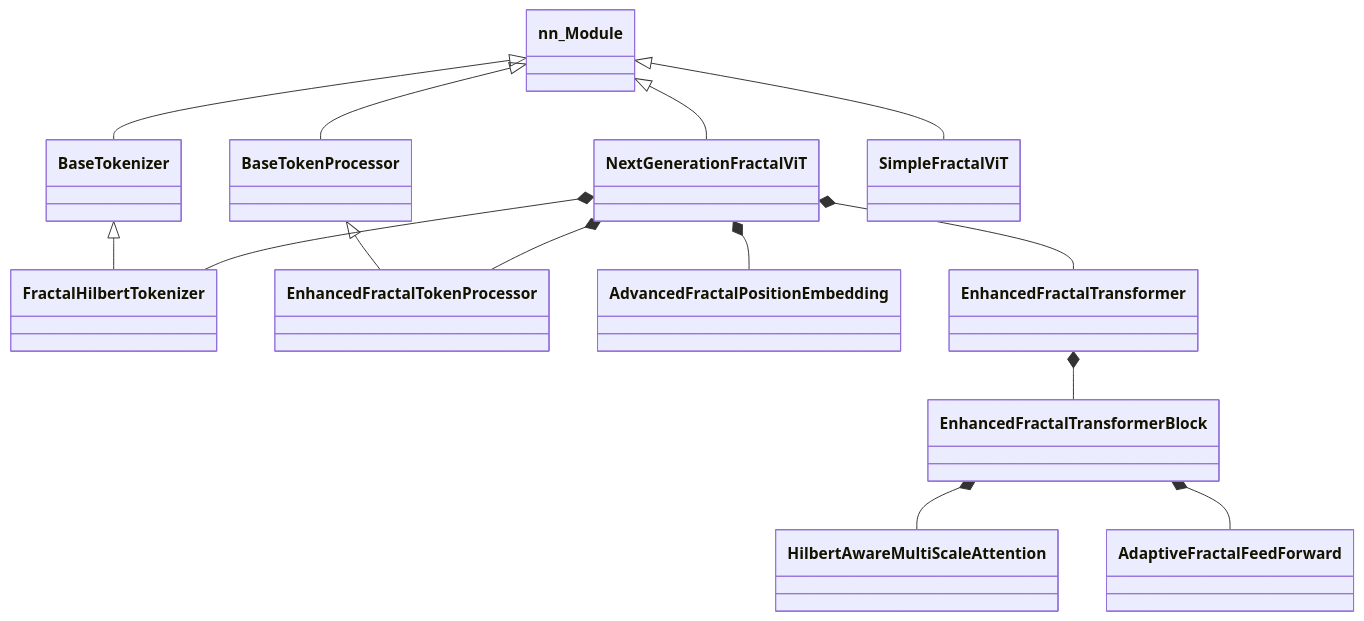
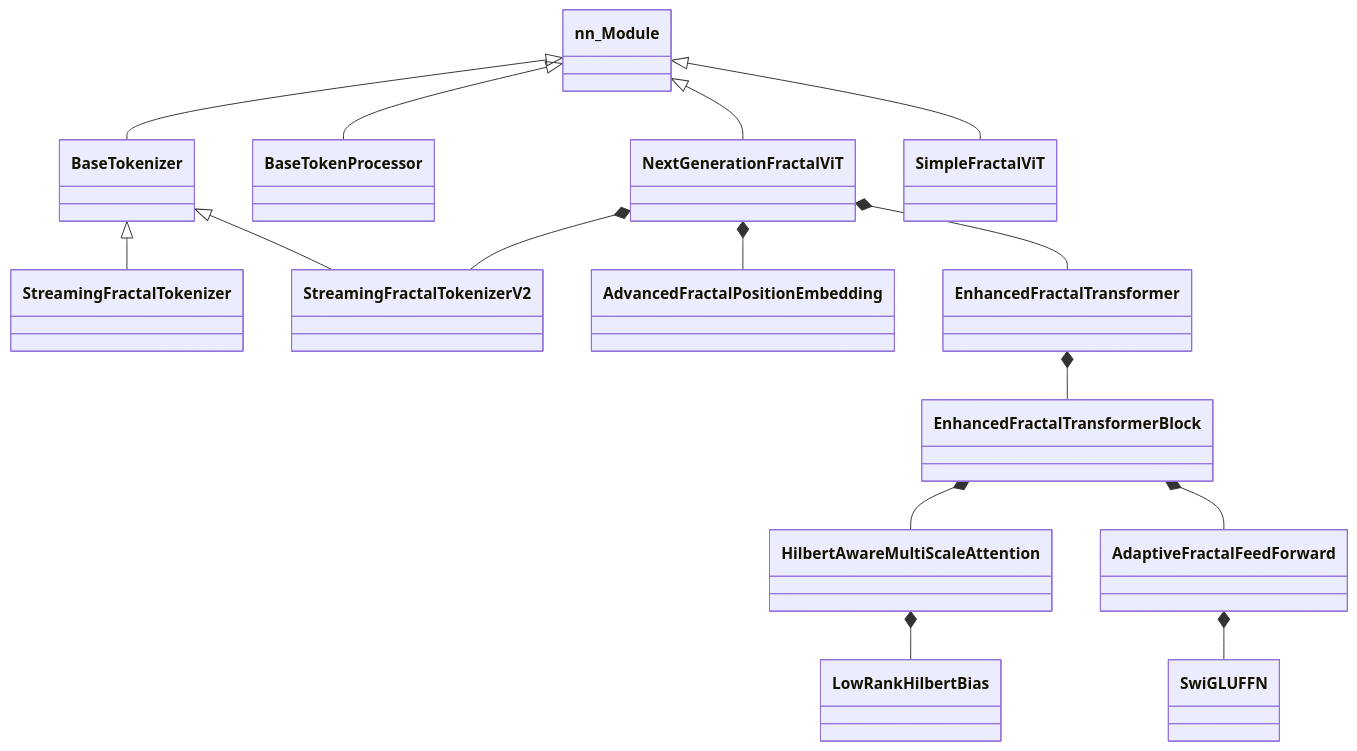
Before and after one commit to LoopyBrainie/fractal-curve-tokenizer: the diagram in documents/appendix.md, drawn with Mermaid. The commit also changed other lines of this file and 16 other files, not shown here.

````diff
--- a/documents/appendix.md
+++ b/documents/appendix.md
@@ -5,19 +5,21 @@
 ```mermaid
 classDiagram
     nn_Module <|-- BaseTokenizer
     nn_Module <|-- BaseTokenProcessor
     nn_Module <|-- NextGenerationFractalViT
     nn_Module <|-- SimpleFractalViT
     
-    BaseTokenizer <|-- FractalHilbertTokenizer
-    BaseTokenProcessor <|-- EnhancedFractalTokenProcessor
+    BaseTokenizer <|-- StreamingFractalTokenizer
+    BaseTokenizer <|-- StreamingFractalTokenizerV2
     
-    NextGenerationFractalViT *-- FractalHilbertTokenizer
-    NextGenerationFractalViT *-- EnhancedFractalTokenProcessor
+    NextGenerationFractalViT *-- StreamingFractalTokenizerV2
     NextGenerationFractalViT *-- AdvancedFractalPositionEmbedding
     NextGenerationFractalViT *-- EnhancedFractalTransformer
     
     EnhancedFractalTransformer *-- EnhancedFractalTransformerBlock
     EnhancedFractalTransformerBlock *-- HilbertAwareMultiScaleAttention
     EnhancedFractalTransformerBlock *-- AdaptiveFractalFeedForward
+    
+    HilbertAwareMultiScaleAttention *-- LowRankHilbertBias
+    AdaptiveFractalFeedForward *-- SwiGLUFFN
 ```
````
